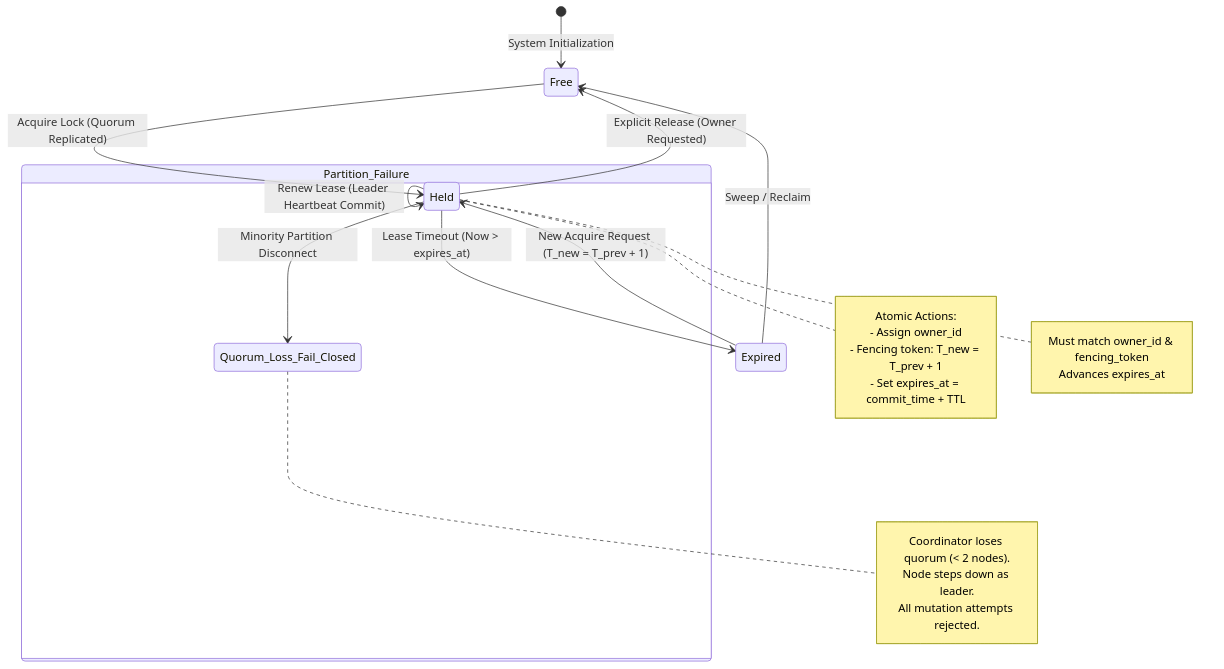
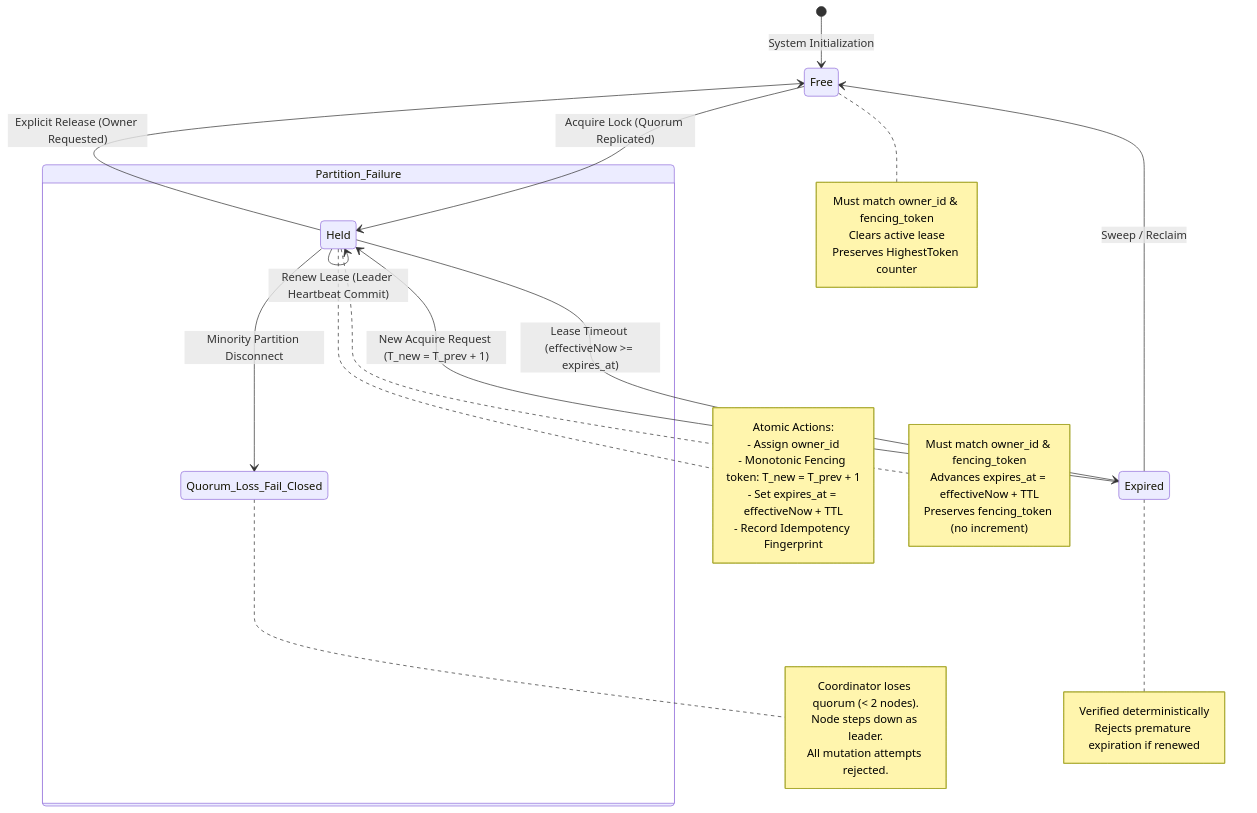
Before and after one commit to Prathamcoder3000/LOCKGUARD: the first of 5 diagrams in docs/state-model.md, drawn with Mermaid. The commit also changed other lines of this file and 90 other files, not shown here.

````diff
--- a/docs/state-model.md
+++ b/docs/state-model.md
@@ -5,33 +5,45 @@
 ```mermaid
 stateDiagram-v2
     [*] --> Free: System Initialization
 
     Free --> Held: Acquire Lock (Quorum Replicated)
     note right of Held
       Atomic Actions:
       - Assign owner_id
-      - Fencing token: T_new = T_prev + 1
-      - Set expires_at = commit_time + TTL
+      - Monotonic Fencing token: T_new = T_prev + 1
+      - Set expires_at = effectiveNow + TTL
+      - Record Idempotency Fingerprint
     end note
 
     Held --> Held: Renew Lease (Leader Heartbeat Commit)
     note right of Held
       Must match owner_id & fencing_token
-      Advances expires_at
+      Advances expires_at = effectiveNow + TTL
+      Preserves fencing_token (no increment)
     end note
 
     Held --> Free: Explicit Release (Owner Requested)
-    Held --> Expired: Lease Timeout (Now > expires_at)
+    note right of Free
+      Must match owner_id & fencing_token
+      Clears active lease
+      Preserves HighestToken counter
+    end note
+
+    Held --> Expired: Lease Timeout (effectiveNow >= expires_at)
+    note right of Expired
+      Verified deterministically
+      Rejects premature expiration if renewed
+    end note
 
     Expired --> Free: Sweep / Reclaim
     Expired --> Held: New Acquire Request (T_new = T_prev + 1)
 
     state Partition_Failure {
       Held --> Quorum_Loss_Fail_Closed: Minority Partition Disconnect
       note right of Quorum_Loss_Fail_Closed
         Coordinator loses quorum (< 2 nodes).
         Node steps down as leader.
         All mutation attempts rejected.
       end note
     }
 ```
````
